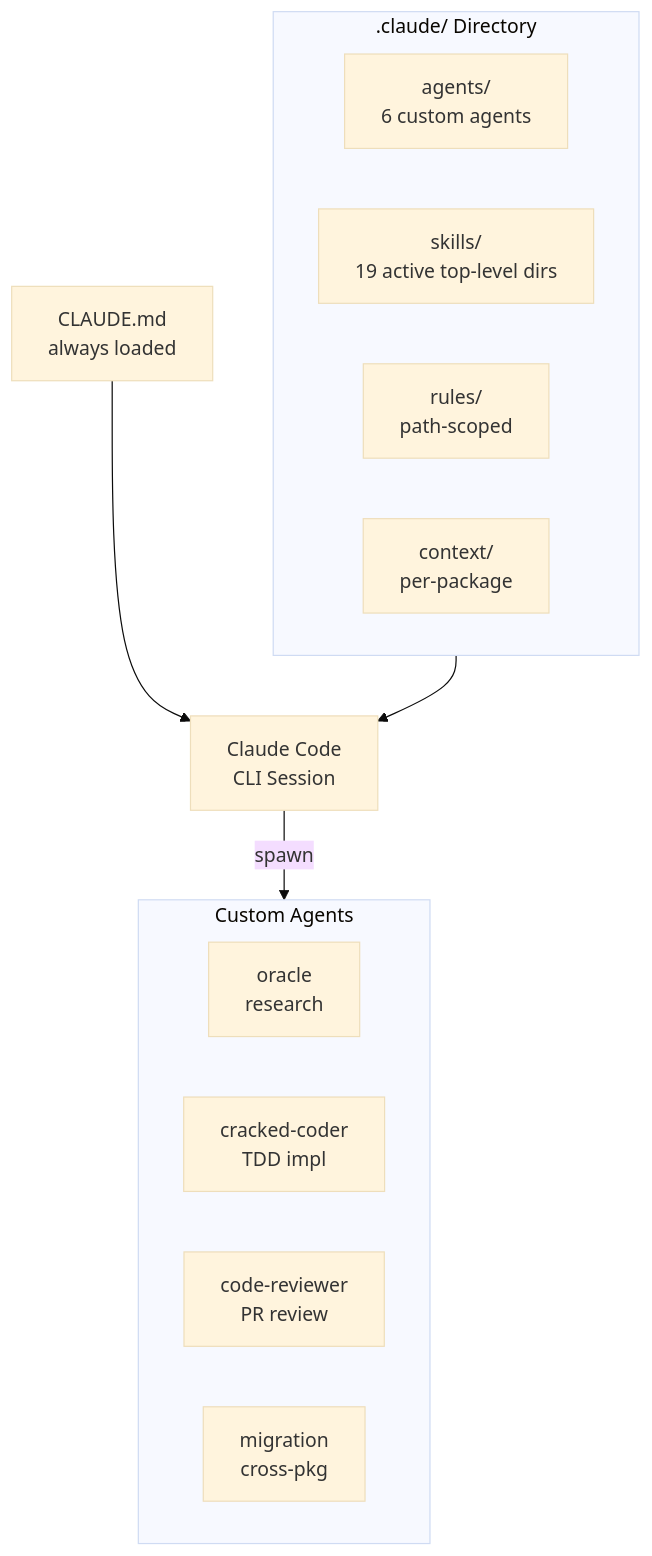
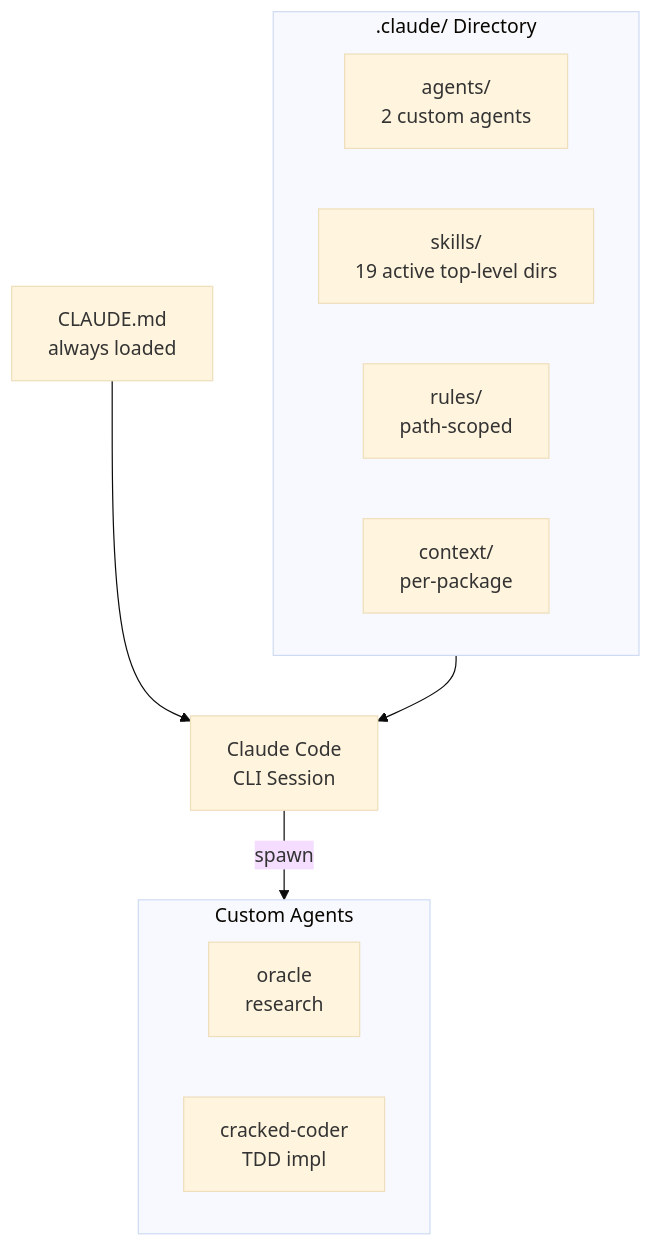
The diagram in docs/docs/builders/agentic/claude-code.mdx (greenpill-dev-guild/green-goods), drawn with Mermaid (base theme) before and after one commit. The commit also changed other lines of this file and 42 other files, not shown here.

Commit message:
docs(agent): align agentic guidance and codex flow

````diff
--- a/docs/docs/builders/agentic/claude-code.mdx
+++ b/docs/docs/builders/agentic/claude-code.mdx
@@ -15,21 +15,19 @@
 ```mermaid
 graph TB
     subgraph Config[".claude/ Directory"]
-        Agents["agents/\n6 custom agents"]
+        Agents["agents/\n2 custom agents"]
         Skills["skills/\n19 active top-level dirs"]
         Rules["rules/\npath-scoped"]
         Context["context/\nper-package"]
     end
 
     CLAUDE["CLAUDE.md\nalways loaded"] --> Session["Claude Code\nCLI Session"]
     Config --> Session
 
     subgraph AgentTypes["Custom Agents"]
         Oracle["oracle\nresearch"]
         Cracked["cracked-coder\nTDD impl"]
-        Reviewer["code-reviewer\nPR review"]
-        Migrate["migration\ncross-pkg"]
     end
 
     Session -->|spawn| AgentTypes
 ```
````
